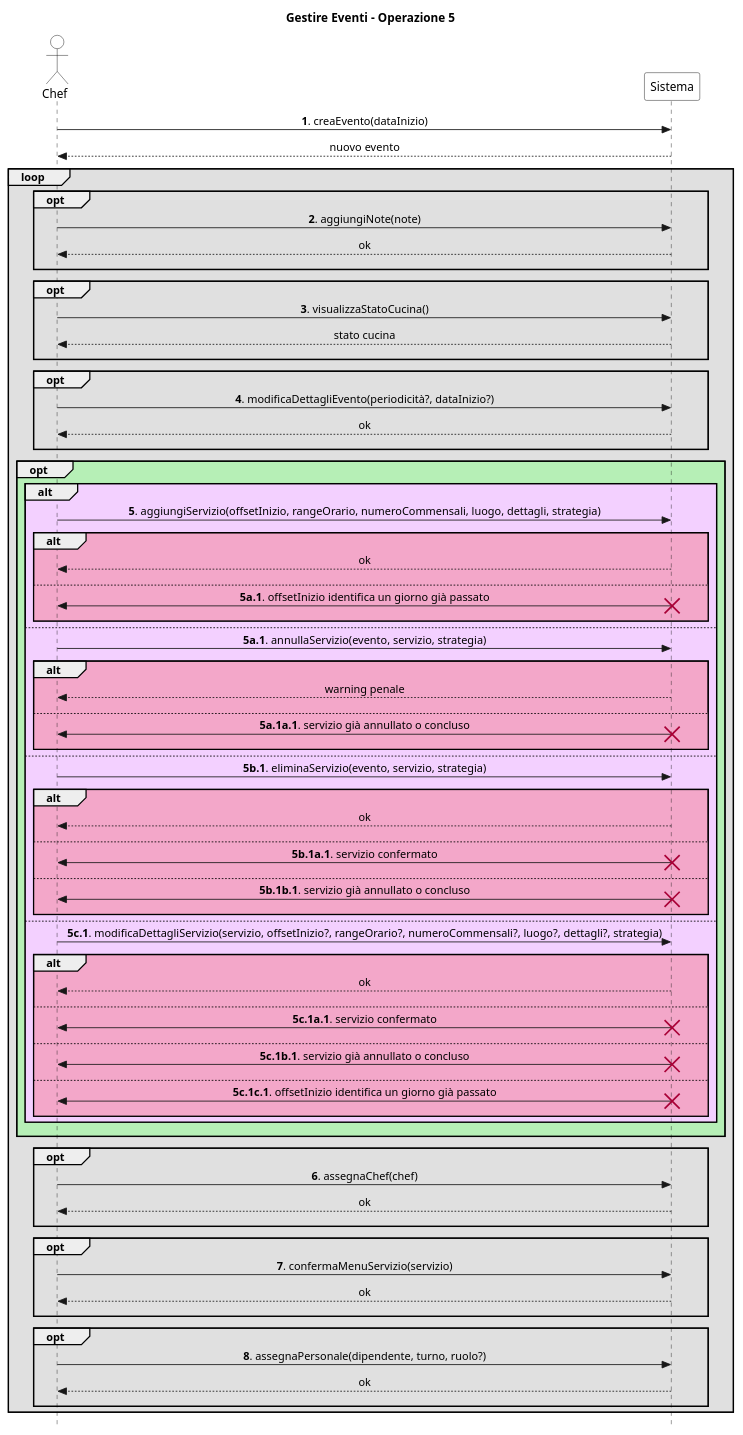
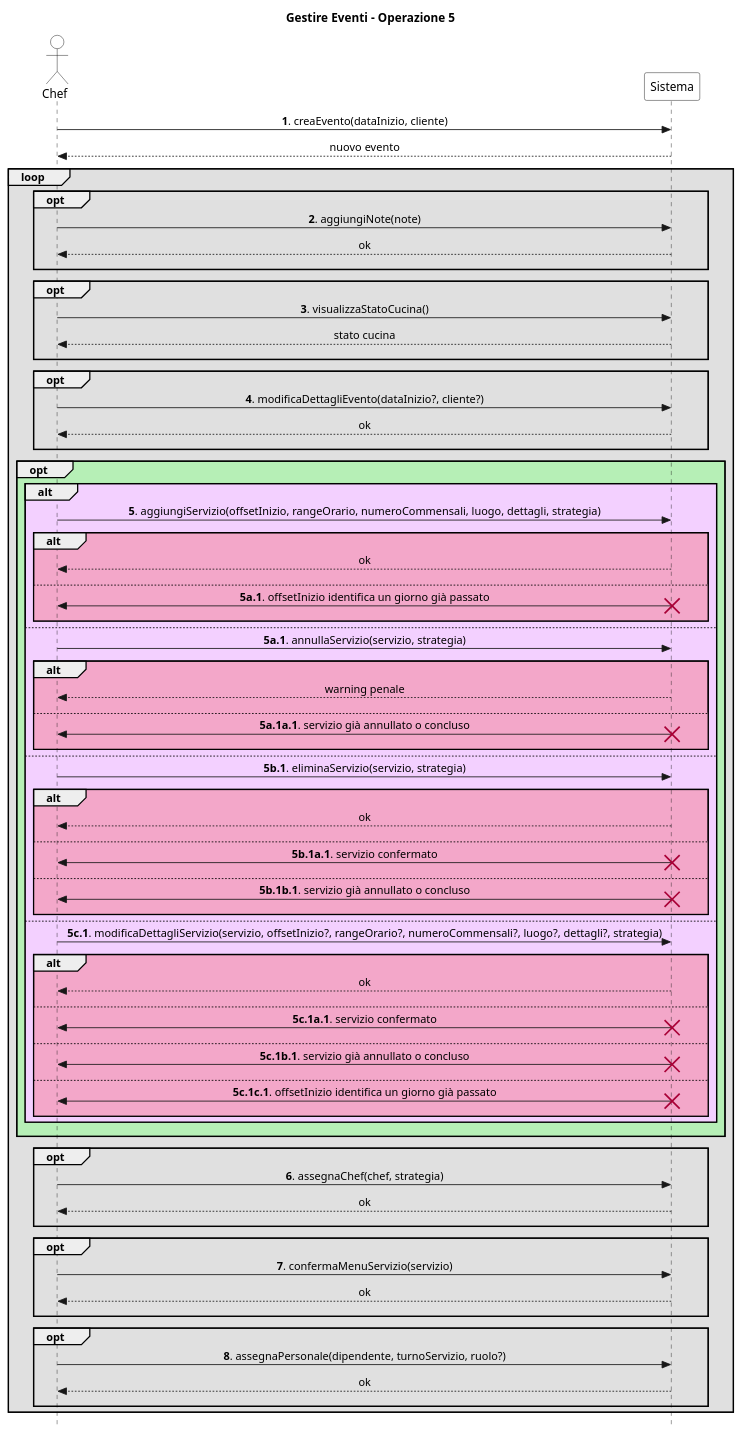
The diagram in UP/Requisiti/UC Gestire Eventi/SSD/Estensioni-Eccezioni Op5.puml (stefa168/sas-project), drawn with PlantUML before and after one commit. The commit also changed 5 other files, not shown here.

```diff
--- a/UP/Requisiti/UC Gestire Eventi/SSD/Estensioni-Eccezioni Op5.puml
+++ b/UP/Requisiti/UC Gestire Eventi/SSD/Estensioni-Eccezioni Op5.puml
@@ -1,114 +1,114 @@
 @startuml
 skinparam Style strictuml
 skinparam SequenceMessageAlign center
 
 skinparam sequence {
     ActorBorderColor Black
     ActorBackgroundColor White
     ParticipantBorderColor Black
     ParticipantBackgroundColor White
 }
 
 actor Chef
 participant Sistema
 
 title Gestire Eventi - Operazione 5
 
-Chef -> Sistema: **1**. creaEvento(dataInizio)
+Chef -> Sistema: **1**. creaEvento(dataInizio, cliente)
 return nuovo evento
 
 loop #e0e0e0
     opt #e0e0e0
         Chef -> Sistema: **2**. aggiungiNote(note)
         return ok
         ||10||
     end
 
     opt #e0e0e0
         Chef -> Sistema: **3**. visualizzaStatoCucina()
         return stato cucina
         ||10||
     end
 
     opt #e0e0e0
-        Chef -> Sistema: **4**. modificaDettagliEvento(periodicità?, dataInizio?)
+        Chef -> Sistema: **4**. modificaDettagliEvento(dataInizio?, cliente?)
         return ok
         ||10||
     end
 
     opt #b6efb6
         alt #f3d0ff
             Chef -> Sistema: **5**. aggiungiServizio(offsetInizio, rangeOrario, numeroCommensali, luogo, dettagli, strategia)
             alt #f3a7c9
                 return ok
                 ||10||
             else
                 Chef <- Sistema: **5a.1**. offsetInizio identifica un giorno già passato
                 destroy Sistema
                 ||10||
             end
         else
-            Chef -> Sistema: **5a.1**. annullaServizio(evento, servizio, strategia)
+            Chef -> Sistema: **5a.1**. annullaServizio(servizio, strategia)
             alt #f3a7c9
                 return warning penale
                 ||10||
             else
                 Chef <- Sistema: **5a.1a.1**. servizio già annullato o concluso
                 destroy Sistema
                 ||10||
             end
         else
-            Chef -> Sistema: **5b.1**. eliminaServizio(evento, servizio, strategia)
+            Chef -> Sistema: **5b.1**. eliminaServizio(servizio, strategia)
             alt #f3a7c9
                 return ok
                 ||10||
             else
                 Chef <- Sistema: **5b.1a.1**. servizio confermato
                 destroy Sistema
                 ||10||
             else
                 Chef <- Sistema: **5b.1b.1**. servizio già annullato o concluso
                 destroy Sistema
                 ||10||
             end
         else
             Chef -> Sistema: **5c.1**. modificaDettagliServizio(servizio, offsetInizio?, rangeOrario?, numeroCommensali?, luogo?, dettagli?, strategia)
             alt #f3a7c9
                 return ok
                 ||10||
             else
                 Chef <- Sistema: **5c.1a.1**. servizio confermato
                 destroy Sistema
                 ||10||
             else
                 Chef <- Sistema: **5c.1b.1**. servizio già annullato o concluso
                 destroy Sistema
                 ||10||
             else
                 Chef <- Sistema: **5c.1c.1**. offsetInizio identifica un giorno già passato
                 destroy Sistema
                 ||10||
             end
         end
         ||10||
     end
 
     opt #e0e0e0
-        Chef -> Sistema: **6**. assegnaChef(chef)
+        Chef -> Sistema: **6**. assegnaChef(chef, strategia)
         return ok
         ||10||
     end
 
     opt #e0e0e0
         Chef -> Sistema: **7**. confermaMenuServizio(servizio)
         return ok
         ||10||
     end
 
     opt #e0e0e0
-        Chef -> Sistema: **8**. assegnaPersonale(dipendente, turno, ruolo?)
+        Chef -> Sistema: **8**. assegnaPersonale(dipendente, turnoServizio, ruolo?)
         return ok
         ||10||
     end
 end
 @enduml
```
